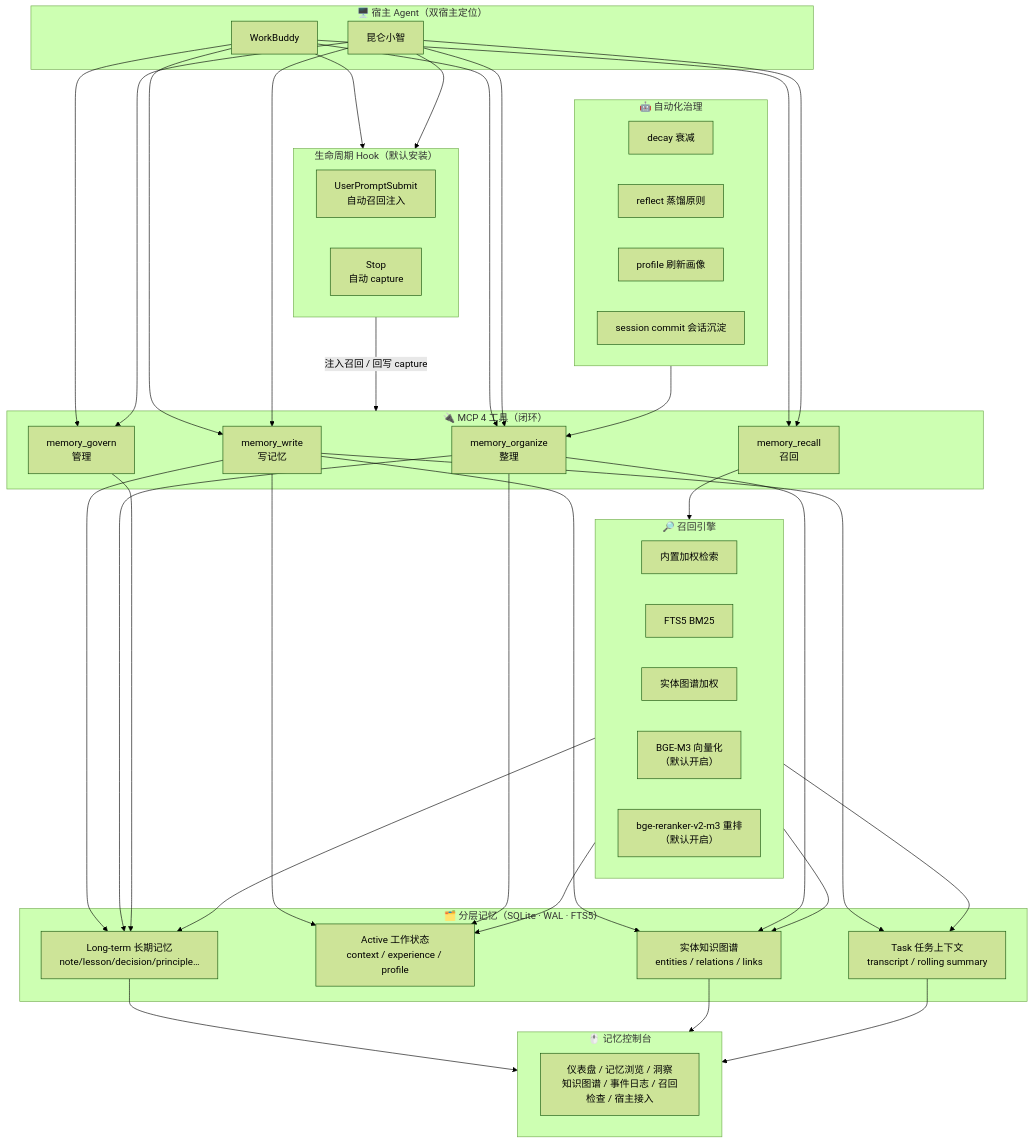
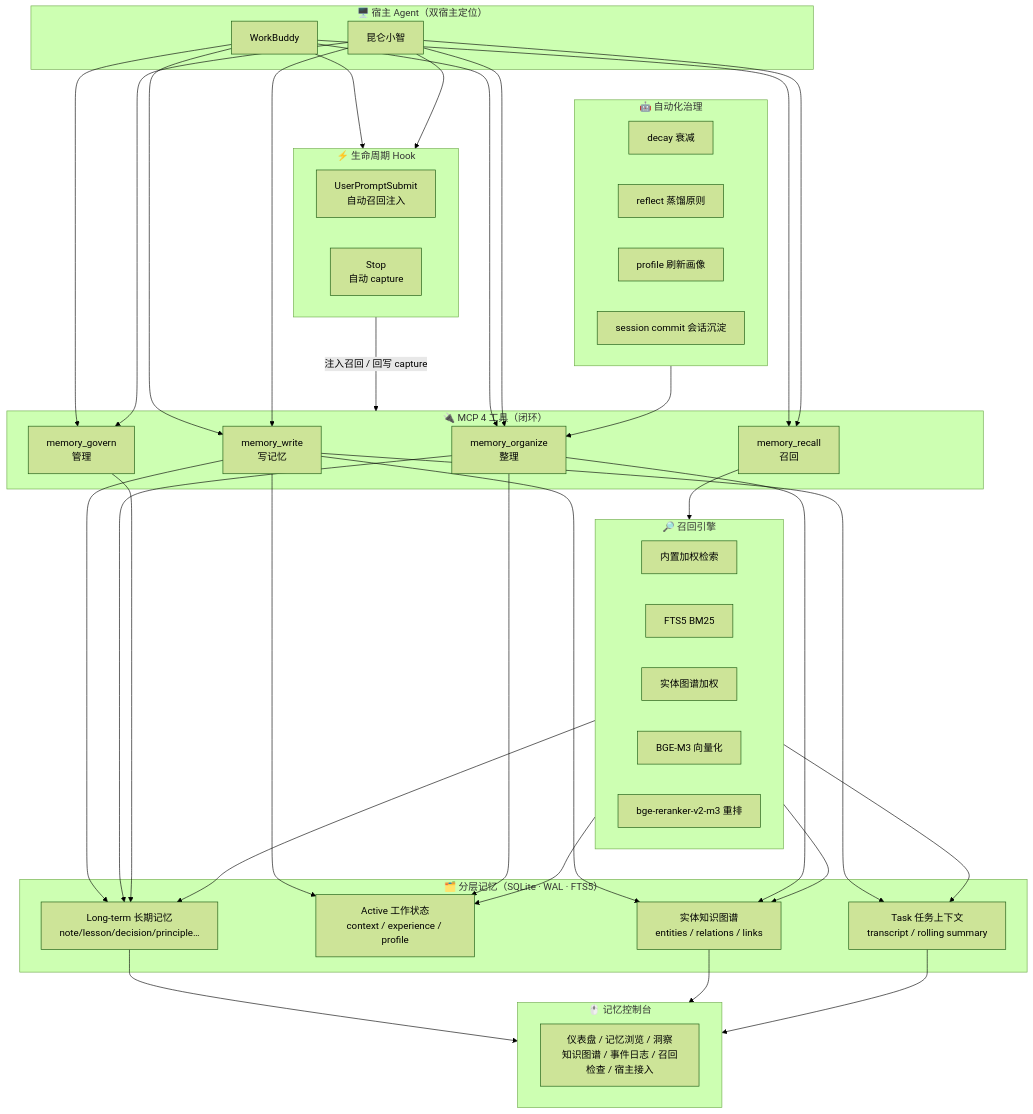
The diagram in README.md (xdragonjia/leafmem), drawn with Mermaid (forest theme) before and after one commit. The commit also changed other lines of this file and 6 other files, not shown here.

````diff
--- a/README.md
+++ b/README.md
@@ -33,58 +33,58 @@
 ```mermaid
 flowchart TB
     subgraph Hosts["🖥️ 宿主 Agent（双宿主定位）"]
         WB["WorkBuddy"]
         KXZ["昆仑小智"]
     end
 
-    subgraph Hooks[" 生命周期 Hook（默认安装）"]
+    subgraph Hooks["⚡ 生命周期 Hook"]
         H1["UserPromptSubmit<br/>自动召回注入"]
         H2["Stop<br/>自动 capture"]
     end
 
     subgraph MCP["🔌 MCP 4 工具（闭环）"]
         W["memory_write<br/>写记忆"]
         R["memory_recall<br/>召回"]
         O["memory_organize<br/>整理"]
         G["memory_govern<br/>管理"]
     end
 
     subgraph Layers["🗂️ 分层记忆（SQLite · WAL · FTS5）"]
         PALACE["Long-term 长期记忆<br/>note/lesson/decision/principle…"]
         ACTIVE["Active 工作状态<br/>context / experience / profile"]
         TASK["Task 任务上下文<br/>transcript / rolling summary"]
         GRAPH["实体知识图谱<br/>entities / relations / links"]
     end
 
     subgraph Retrieval["🔎 召回引擎"]
         BUILTIN["内置加权检索"]
         FTS["FTS5 BM25"]
         ENTITY["实体图谱加权"]
-        EMB["BGE-M3 向量化<br/>（默认开启）"]
-        RRK["bge-reranker-v2-m3 重排<br/>（默认开启）"]
+        EMB["BGE-M3 向量化"]
+        RRK["bge-reranker-v2-m3 重排"]
     end
 
     subgraph Ops["🤖 自动化治理"]
         DECAY["decay 衰减"]
         REFLECT["reflect 蒸馏原则"]
         PROFILE["profile 刷新画像"]
         COMMIT["session commit 会话沉淀"]
     end
 
     subgraph Console["🖱️ 记忆控制台"]
         UI["仪表盘 / 记忆浏览 / 洞察<br/>知识图谱 / 事件日志 / 召回检查 / 宿主接入"]
     end
 
     WB & KXZ --> Hooks
     Hooks -->|注入召回 / 回写 capture| MCP
     WB & KXZ --> W & R & O & G
     W --> PALACE & ACTIVE & TASK
     W --> GRAPH
     O --> PALACE & ACTIVE
     O --> GRAPH
     G --> PALACE
     R --> Retrieval
     Retrieval --> PALACE & ACTIVE & TASK & GRAPH
     Ops --> O
     PALACE & GRAPH & TASK --> Console
 ```
````
